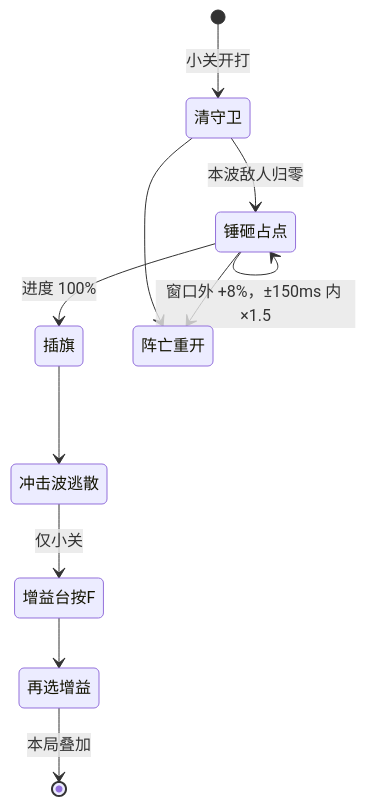
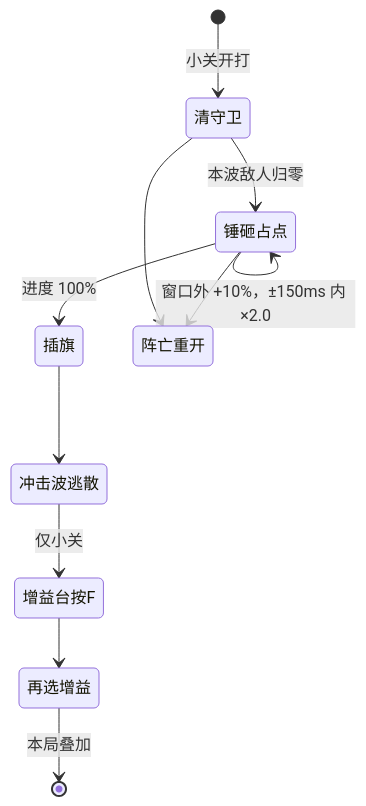
One commit to kyrie21z/Battlefield-Rouge changed the first of 2 diagrams in docs/Core_Loop.md. Above: the diagram before and after it, drawn with Mermaid. The commit also changed other lines of this file and 20 other files, not shown here.

````diff
--- a/docs/Core_Loop.md
+++ b/docs/Core_Loop.md
@@ -58,13 +58,13 @@
 ```mermaid
 stateDiagram-v2
     [*] --> 清守卫: 小关开打
     清守卫 --> 锤砸占点: 本波敌人归零
-    锤砸占点 --> 锤砸占点: 窗口外 +8%，±150ms 内 ×1.5
+    锤砸占点 --> 锤砸占点: 窗口外 +10%，±150ms 内 ×2.0
     锤砸占点 --> 插旗: 进度 100%
     插旗 --> 冲击波逃散
     冲击波逃散 --> 增益台按F: 仅小关
     增益台按F --> 再选增益
     再选增益 --> [*]: 本局叠加
     清守卫 --> 阵亡重开
     锤砸占点 --> 阵亡重开
 ```
````
